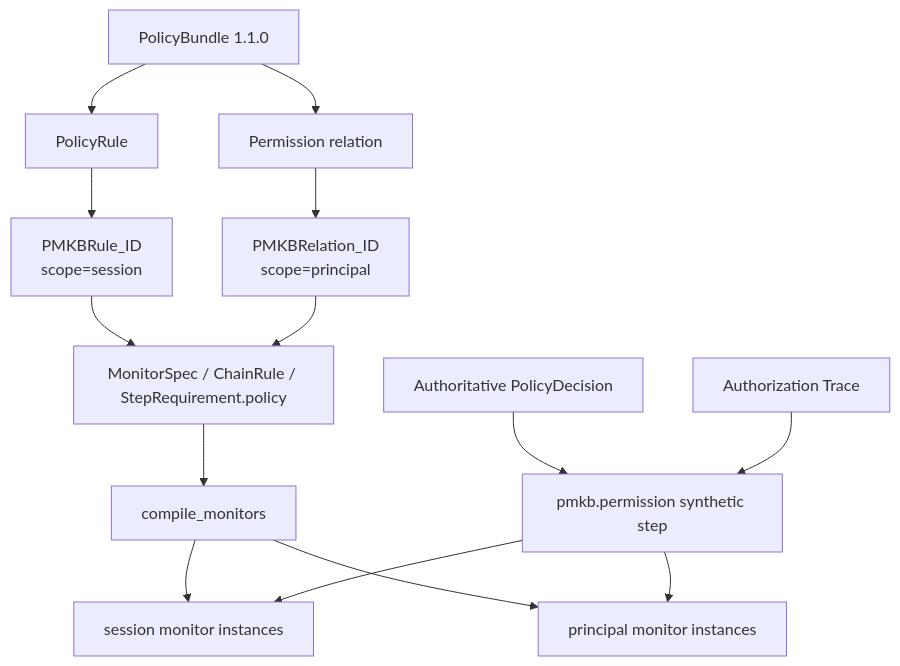
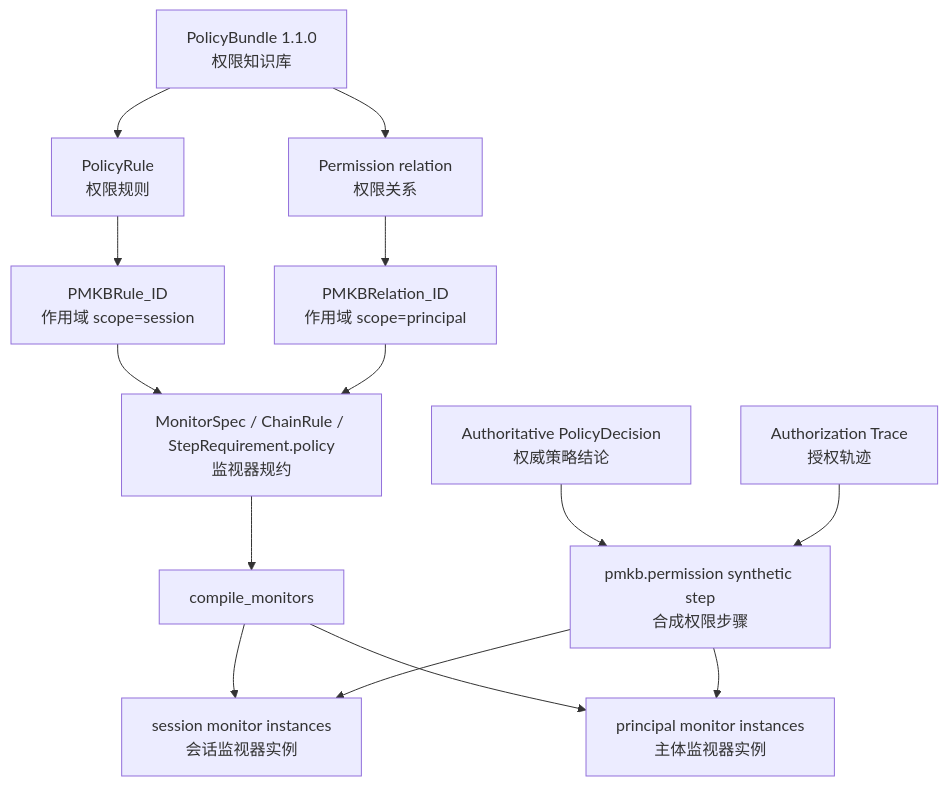
Before and after one commit to HorizonExploration/RVguarder: the second of 3 diagrams in docs/architecture/rv-permission-automata.md, drawn with Mermaid. The commit also changed other lines of this file and 5 other files, not shown here.

Commit message:
docs: add bilingual RV diagram and legacy rule matrix

````diff
--- a/docs/architecture/rv-permission-automata.md
+++ b/docs/architecture/rv-permission-automata.md
@@ -58,16 +58,16 @@
 ```mermaid
 flowchart TD
-    K[PolicyBundle 1.1.0] --> R[PolicyRule]
-    K --> X[Permission relation]
-    R --> RM[PMKBRule_ID<br/>scope=session]
-    X --> XM[PMKBRelation_ID<br/>scope=principal]
-    RM --> DSL[MonitorSpec / ChainRule / StepRequirement.policy]
+    K[PolicyBundle 1.1.0<br/>权限知识库] --> R[PolicyRule<br/>权限规则]
+    K --> X[Permission relation<br/>权限关系]
+    R --> RM[PMKBRule_ID<br/>作用域 scope=session]
+    X --> XM[PMKBRelation_ID<br/>作用域 scope=principal]
+    RM --> DSL[MonitorSpec / ChainRule / StepRequirement.policy<br/>监视器规约]
     XM --> DSL
     DSL --> C[compile_monitors]
-    C --> SM[session monitor instances]
-    C --> PM[principal monitor instances]
-    PD[Authoritative PolicyDecision] --> PS[pmkb.permission synthetic step]
-    AT[Authorization Trace] --> PS
+    C --> SM[session monitor instances<br/>会话监视器实例]
+    C --> PM[principal monitor instances<br/>主体监视器实例]
+    PD[Authoritative PolicyDecision<br/>权威策略结论] --> PS[pmkb.permission synthetic step<br/>合成权限步骤]
+    AT[Authorization Trace<br/>授权轨迹] --> PS
     PS --> SM
     PS --> PM
 ```
````
